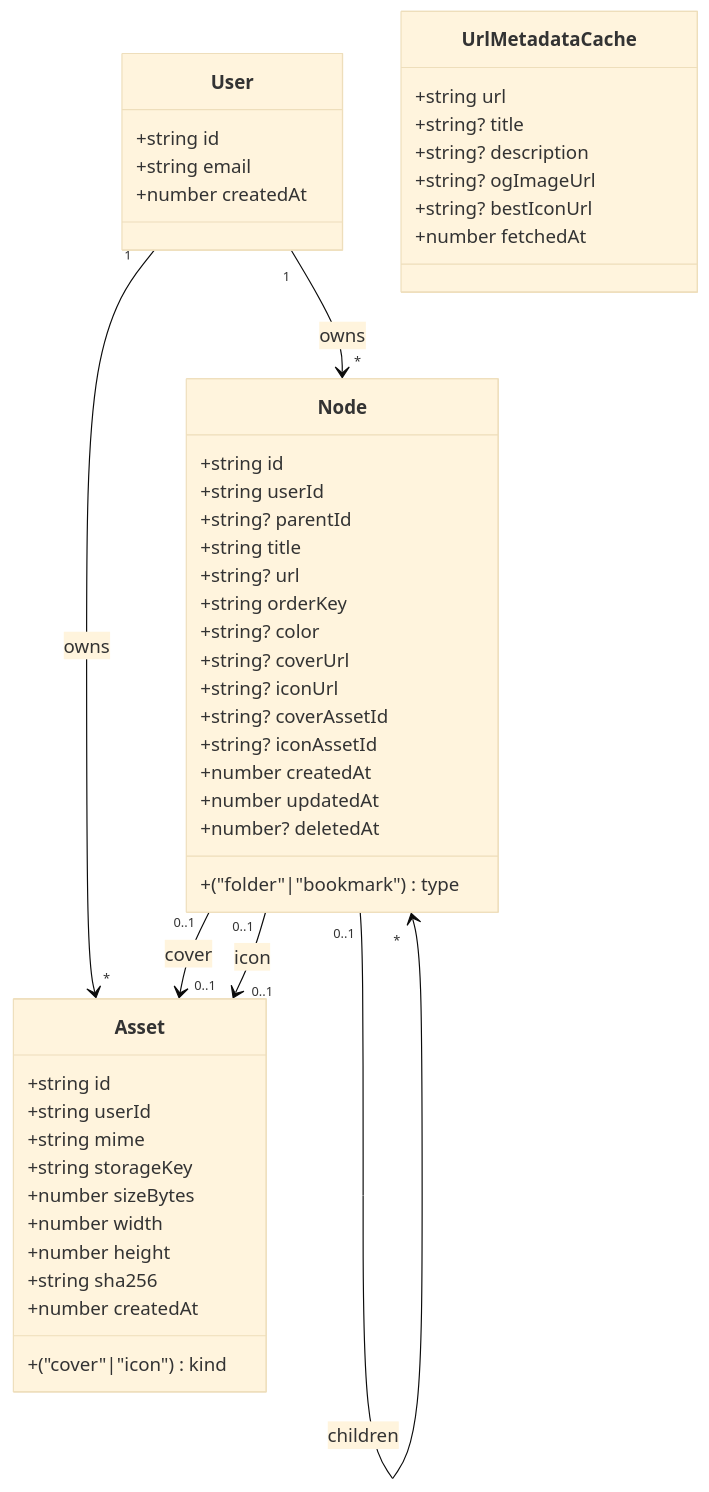
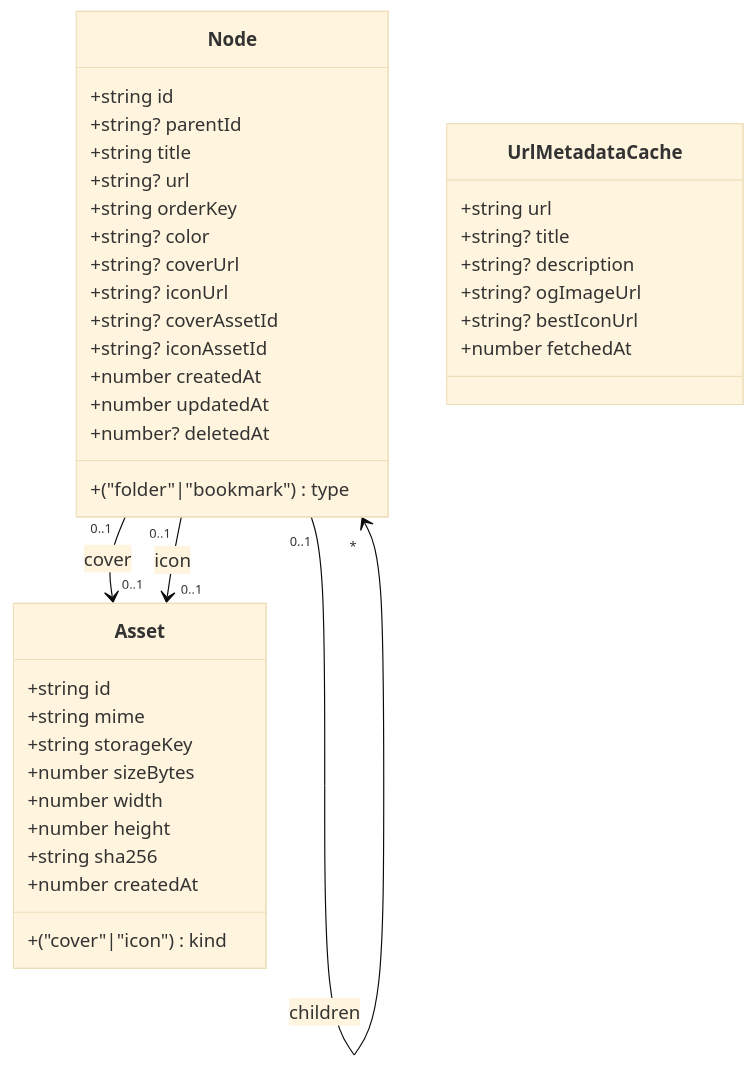
The second of 3 diagrams in spec/02-design.md (HevSpecu/BookmarkHarbor), drawn with Mermaid (base theme) before and after one commit. The commit also changed other lines of this file and 3 other files, not shown here.

````diff
--- a/spec/02-design.md
+++ b/spec/02-design.md
@@ -67,54 +58,44 @@
 ```mermaid
 classDiagram
-  class User {
-    +string id
-    +string email
-    +number createdAt
-  }
-
   class Node {
     +string id
-    +string userId
     +("folder"|"bookmark") type
     +string? parentId
     +string title
     +string? url
     +string orderKey
     +string? color
     +string? coverUrl
     +string? iconUrl
     +string? coverAssetId
     +string? iconAssetId
     +number createdAt
     +number updatedAt
     +number? deletedAt
   }
 
   class Asset {
     +string id
-    +string userId
     +("cover"|"icon") kind
     +string mime
     +string storageKey
     +number sizeBytes
     +number width
     +number height
     +string sha256
     +number createdAt
   }
 
   class UrlMetadataCache {
     +string url
     +string? title
     +string? description
     +string? ogImageUrl
     +string? bestIconUrl
     +number fetchedAt
   }
 
-  User "1" --> "*" Node : owns
-  User "1" --> "*" Asset : owns
   Node "0..1" --> "*" Node : children
   Node "0..1" --> "0..1" Asset : cover
   Node "0..1" --> "0..1" Asset : icon
 ```
````
